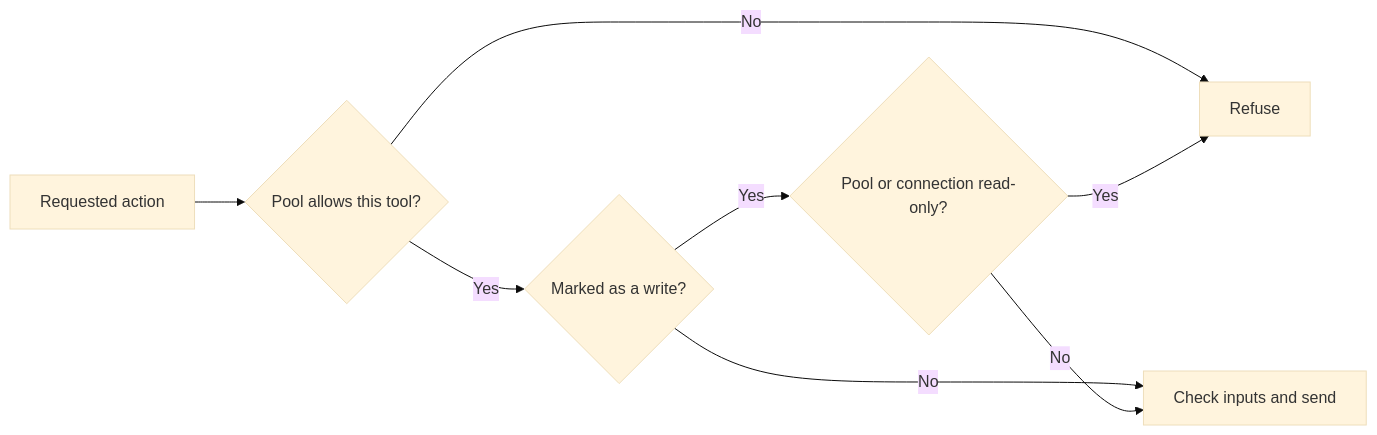
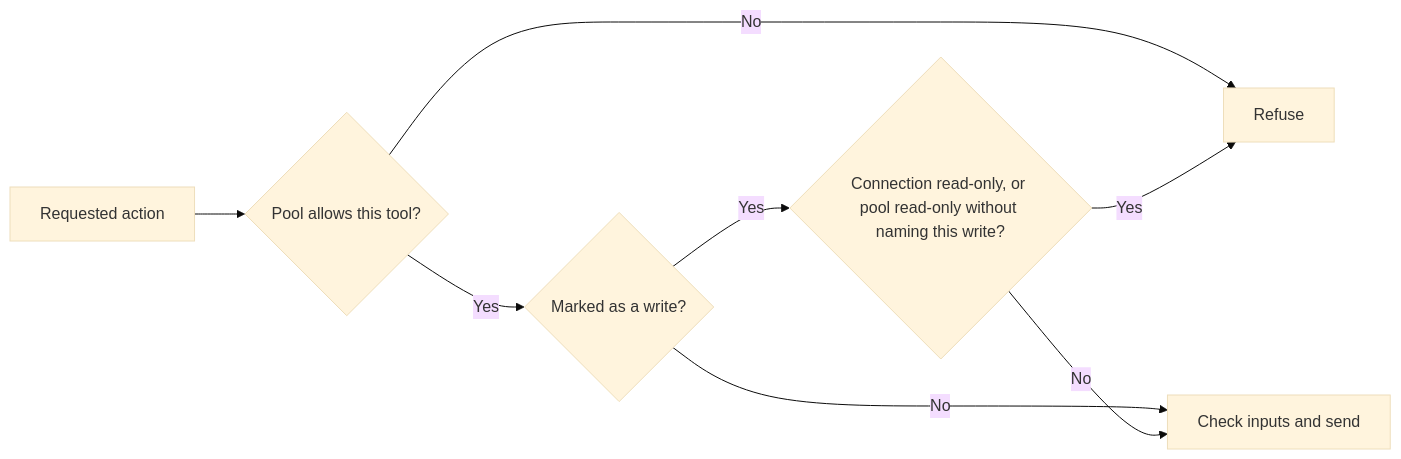
One commit to zackbart/connecta changed the second of 3 diagrams in guides/safety-and-trust.md. Above: the diagram before and after it, drawn with Mermaid (base theme). The commit also changed other lines of this file and 32 other files, not shown here.

First line of the commit message:
Grant exact writes on read-only pools and keep connectors off the roster (#1409) (#1412)

````diff
--- a/guides/safety-and-trust.md
+++ b/guides/safety-and-trust.md
@@ -57,10 +59,10 @@
 ```mermaid
 flowchart LR
     Call["Requested action"] --> Allowed{"Pool allows this tool?"}
     Allowed -->|No| Refuse["Refuse"]
     Allowed -->|Yes| Write{"Marked as a write?"}
     Write -->|No| Run["Check inputs and send"]
-    Write -->|Yes| ReadOnly{"Pool or connection read-only?"}
+    Write -->|Yes| ReadOnly{"Connection read-only, or pool read-only without naming this write?"}
     ReadOnly -->|Yes| Refuse
     ReadOnly -->|No| Run
 ```
````
